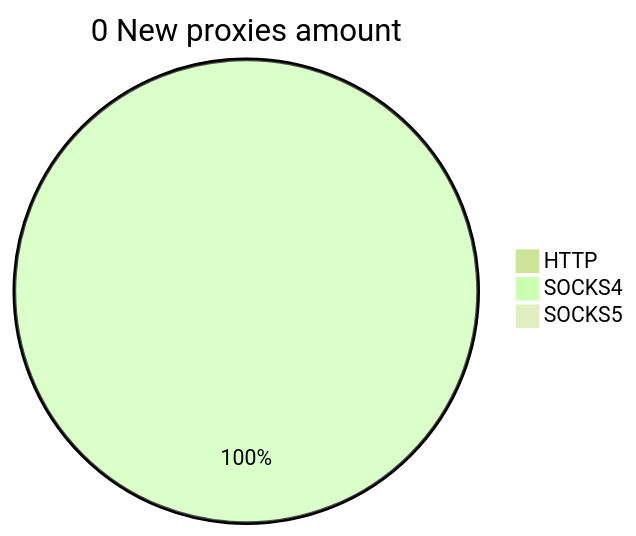
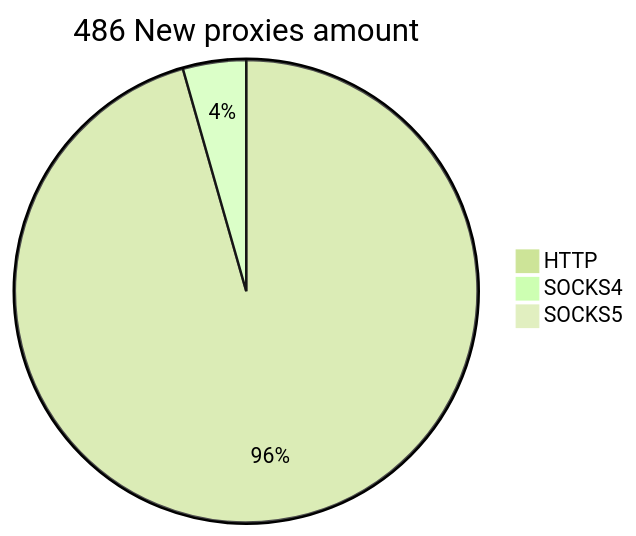
One commit to cutipu/proxylist changed the second of 2 diagrams in README.md. Above: the diagram before and after it, drawn with Mermaid (forest theme). The commit also changed other lines of this file, not shown here.

````diff
--- a/README.md
+++ b/README.md
@@ -10,6 +10,6 @@
 ```mermaid
-pie title 0 New proxies amount
-    "HTTP" : 0
-    "SOCKS4" : 2
+pie title 486 New proxies amount
+    "HTTP" : 476
+    "SOCKS4" : 22
     "SOCKS5" : 0
 ```
````
